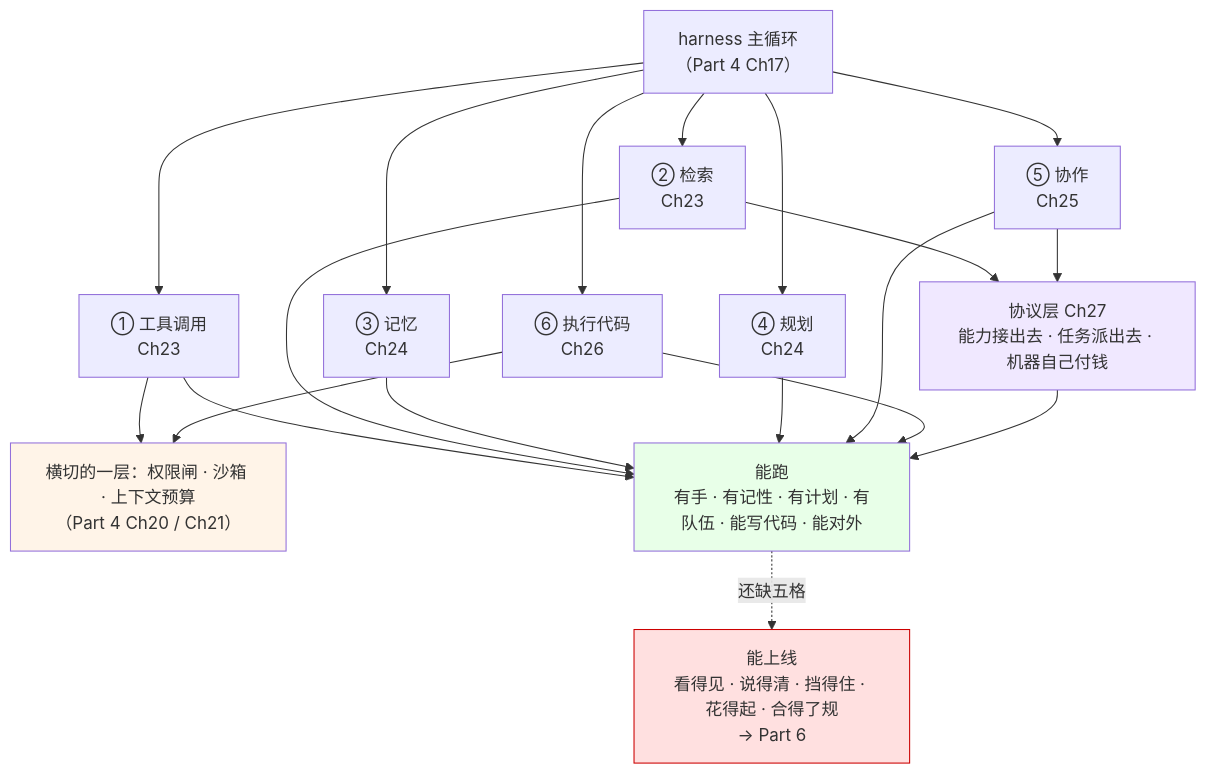
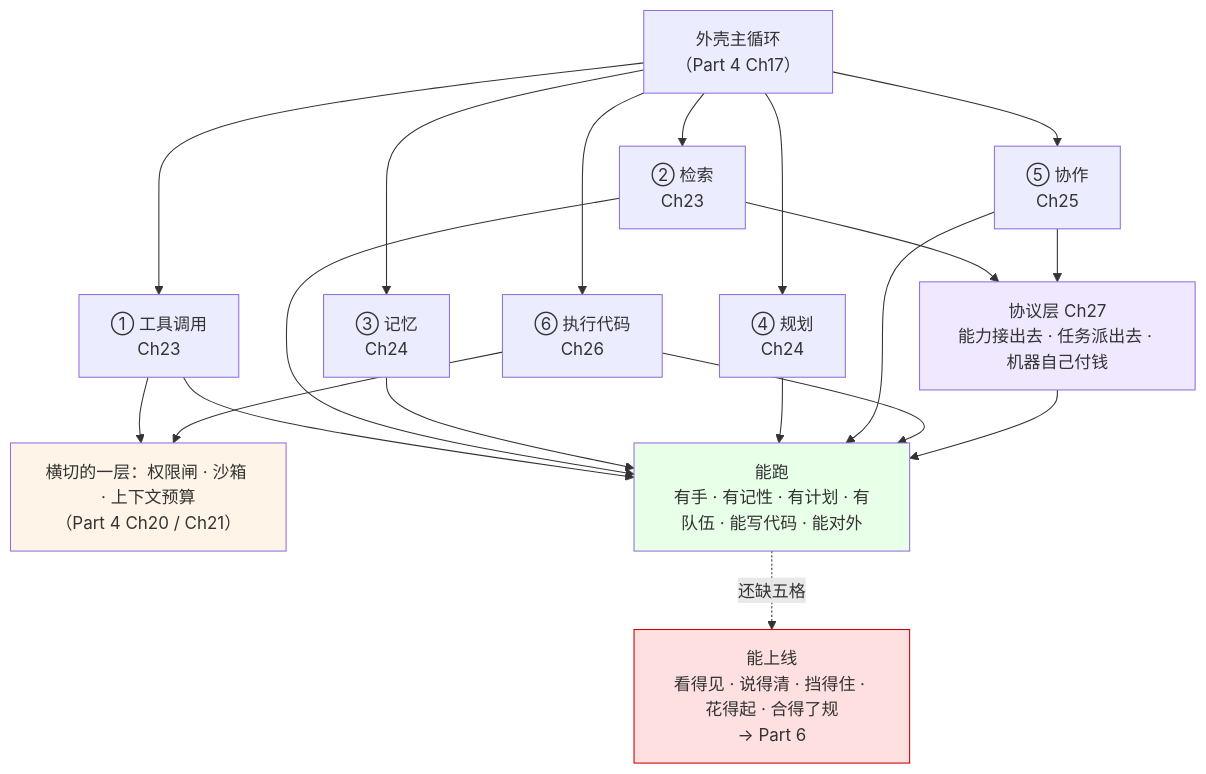
Before and after one commit to Laughingtt/agentkit: the diagram in part-5-agent功能实现/ch28-小结与衔接.md, drawn with Mermaid. The commit also changed other lines of this file, not shown here.

First line of the commit message:
Ch28: 全景图上箭头是"积木→墙"，正文却说墙"长出来之前必须先有"；结句数错块数

````diff
--- a/part-5-agent功能实现/ch28-小结与衔接.md
+++ b/part-5-agent功能实现/ch28-小结与衔接.md
@@ -18,38 +18,38 @@
 ```mermaid
 graph TD
-    H["harness 主循环<br/>（Part 4 Ch17）"]
+    H["外壳主循环<br/>（Part 4 Ch17）"]
     T1["① 工具调用<br/>Ch23"]
     T2["② 检索<br/>Ch23"]
     T3["③ 记忆<br/>Ch24"]
     T4["④ 规划<br/>Ch24"]
     T5["⑤ 协作<br/>Ch25"]
     T6["⑥ 执行代码<br/>Ch26"]
     P["协议层 Ch27<br/>能力接出去 · 任务派出去 · 机器自己付钱"]
     G["横切的一层：权限闸 · 沙箱 · 上下文预算<br/>（Part 4 Ch20 / Ch21）"]
     Z["能跑<br/>有手 · 有记性 · 有计划 · 有队伍 · 能写代码 · 能对外"]
     Y["能上线<br/>看得见 · 说得清 · 挡得住 · 花得起 · 合得了规<br/>→ Part 6"]
 
     H --> T1
     H --> T2
     H --> T3
     H --> T4
     H --> T5
     H --> T6
     T1 --> G
     T6 --> G
     T2 --> P
     T5 --> P
     T1 --> Z
     T2 --> Z
     T3 --> Z
     T4 --> Z
     T5 --> Z
     T6 --> Z
     P --> Z
     Z -.还缺五格.-> Y
 
     style G fill:#fff4e8
     style P fill:#f0e8ff
     style Z fill:#e8ffe8
     style Y fill:#ffe0e0,stroke:#c00
 ```
````
